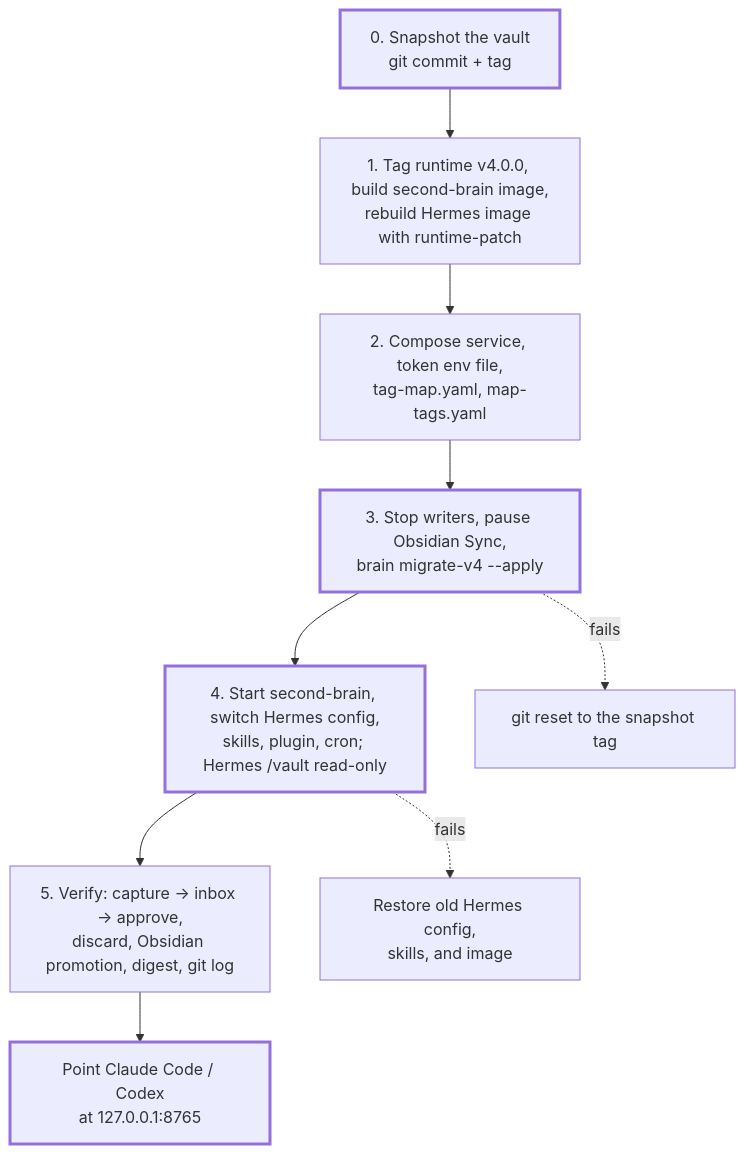
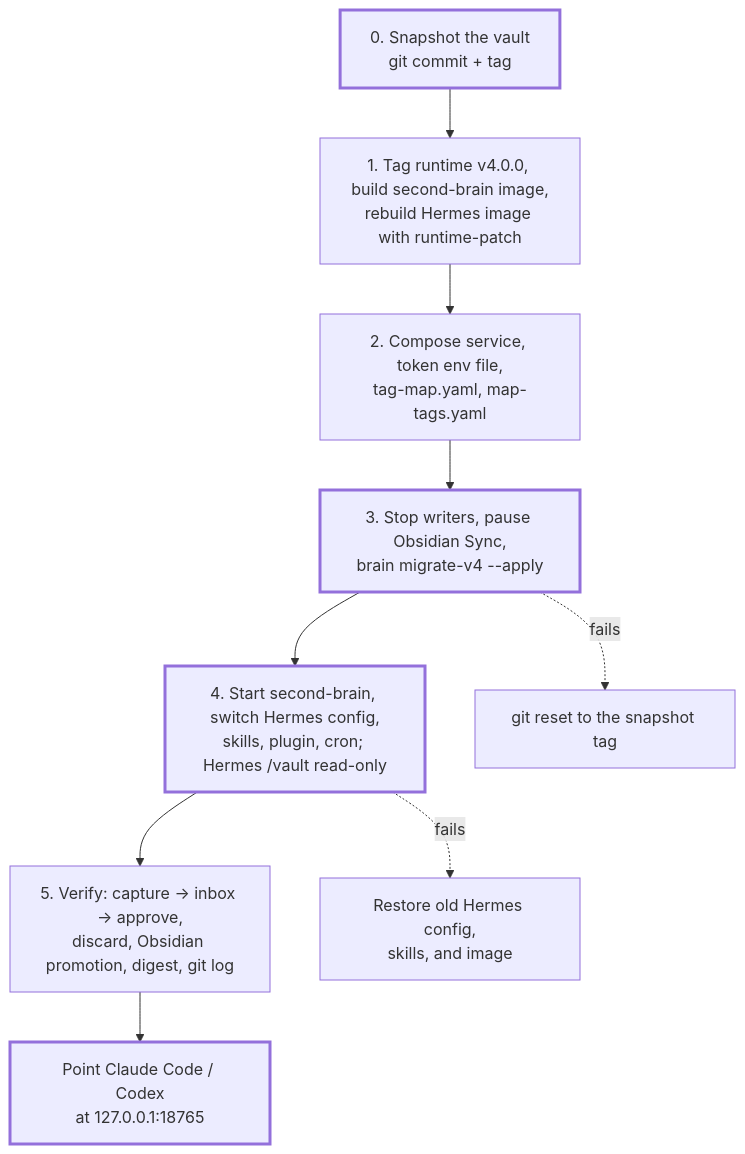
The tenth of 10 diagrams in docs/ARCHITECTURE.md (0xSenzel/second-brain-runtime), drawn with Mermaid before and after one commit. The commit also changed other lines of this file and 9 other files, not shown here.

````diff
--- a/docs/ARCHITECTURE.md
+++ b/docs/ARCHITECTURE.md
@@ -338,14 +338,14 @@
 ```mermaid
 flowchart TB
     s0["0. Snapshot the vault<br/>git commit + tag"]:::live
     s1["1. Tag runtime v4.0.0, build second-brain image,<br/>rebuild Hermes image with runtime-patch"]
     s2["2. Compose service, token env file,<br/>tag-map.yaml, map-tags.yaml"]
     s3["3. Stop writers, pause Obsidian Sync,<br/>brain migrate-v4 --apply"]:::live
     s4["4. Start second-brain, switch Hermes config,<br/>skills, plugin, cron; Hermes /vault read-only"]:::live
     s5["5. Verify: capture → inbox → approve,<br/>discard, Obsidian promotion, digest, git log"]
-    s6["Point Claude Code / Codex<br/>at 127.0.0.1:8765"]:::live
+    s6["Point Claude Code / Codex<br/>at 127.0.0.1:18765"]:::live
     s0 --> s1 --> s2 --> s3 --> s4 --> s5 --> s6
     s3 -. "fails" .-> r3["git reset to the snapshot tag"]
     s4 -. "fails" .-> r4["Restore old Hermes config,<br/>skills, and image"]
     classDef live stroke-width:3px
 ```
````
